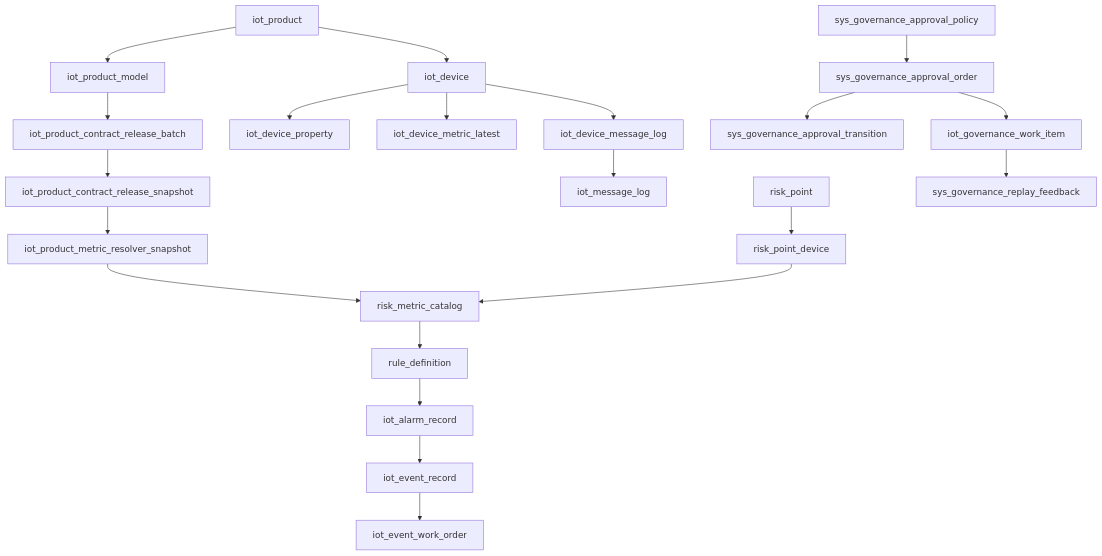
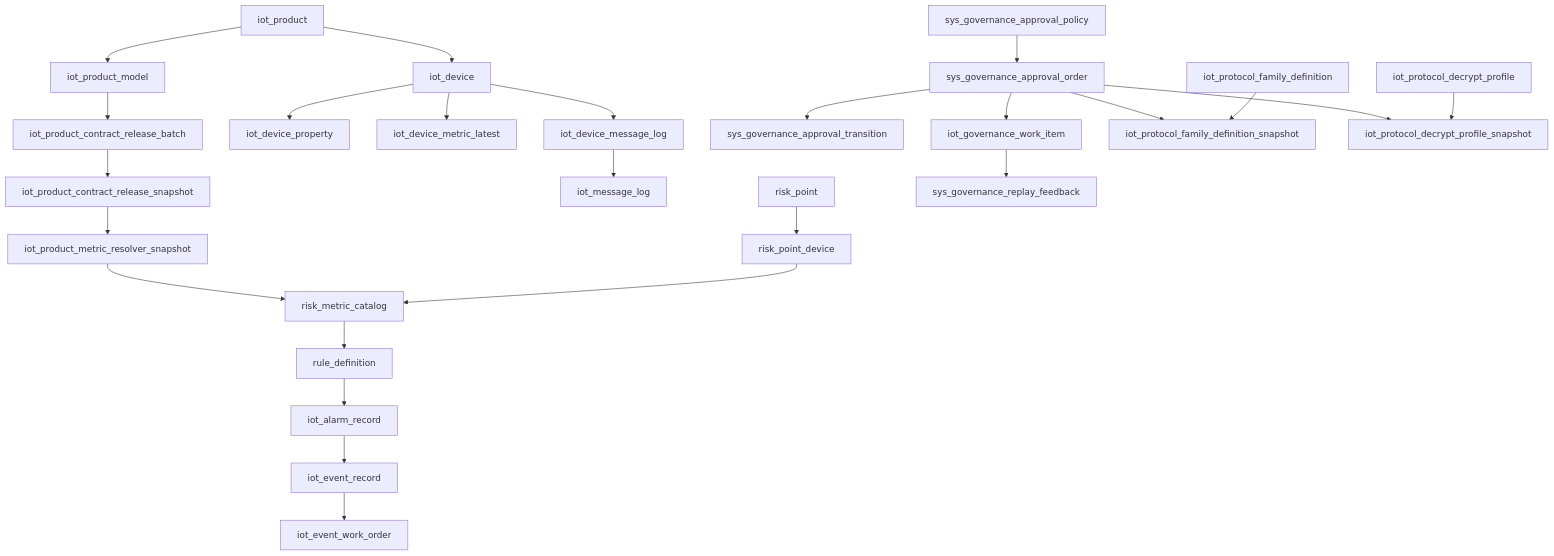
Before and after one commit to rxbyes/spring-boot-iot: the first of 2 diagrams in docs/04-数据库设计与初始化数据.md, drawn with Mermaid. The commit also changed other lines of this file and 38 other files, not shown here.

Commit message:
feat: add protocol governance approval flow

````diff
--- a/docs/04-数据库设计与初始化数据.md
+++ b/docs/04-数据库设计与初始化数据.md
@@ -107,26 +109,30 @@
 ```mermaid
 graph TD
   A["iot_product"] --> B["iot_product_model"]
   B --> C["iot_product_contract_release_batch"]
   C --> D["iot_product_contract_release_snapshot"]
   D --> E["iot_product_metric_resolver_snapshot"]
   E --> F["risk_metric_catalog"]
 
   A --> G["iot_device"]
   G --> H["iot_device_property"]
   G --> I["iot_device_metric_latest"]
   G --> J["iot_device_message_log"]
   J --> K["iot_message_log"]
 
   L["risk_point"] --> M["risk_point_device"]
   M --> F
   F --> N["rule_definition"]
   N --> O["iot_alarm_record"]
   O --> P["iot_event_record"]
   P --> Q["iot_event_work_order"]
 
   R["sys_governance_approval_policy"] --> S["sys_governance_approval_order"]
   S --> T["sys_governance_approval_transition"]
   S --> U["iot_governance_work_item"]
   U --> V["sys_governance_replay_feedback"]
+  S --> W["iot_protocol_family_definition_snapshot"]
+  S --> X["iot_protocol_decrypt_profile_snapshot"]
+  Y["iot_protocol_family_definition"] --> W
+  Z["iot_protocol_decrypt_profile"] --> X
 ```
````
